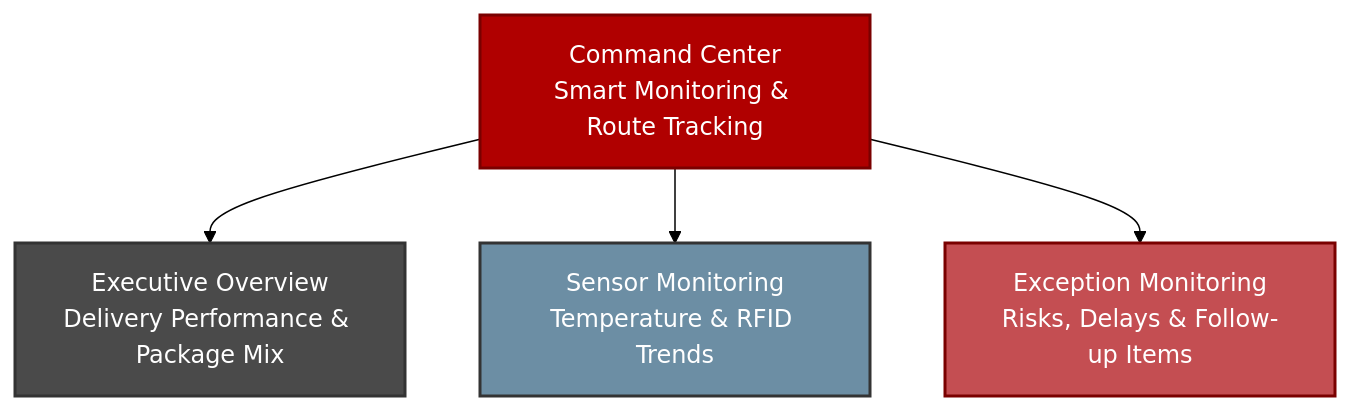
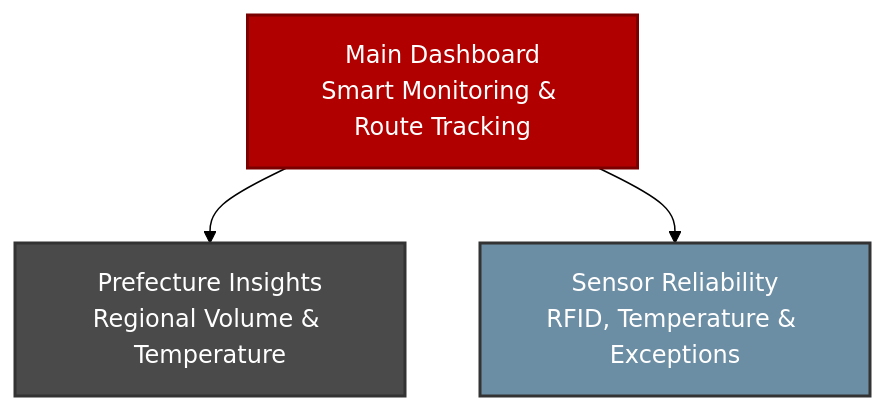
Before and after one commit to Team-Kaizen-MMDC/adet: the diagram in docs/tableau_storytelling_iot_sensors.md, drawn with Mermaid (forest theme). The commit also changed other lines of this file and 4 other files, not shown here.

````diff
--- a/docs/tableau_storytelling_iot_sensors.md
+++ b/docs/tableau_storytelling_iot_sensors.md
@@ -17,11 +17,9 @@
 ```mermaid
 graph TD
-    A["Command Center<br>Smart Monitoring & Route Tracking"] --> B["Executive Overview<br>Delivery Performance & Package Mix"]
-    A --> C["Sensor Monitoring<br>Temperature & RFID Trends"]
-    A --> D["Exception Monitoring<br>Risks, Delays & Follow-up Items"]
+    A["Main Dashboard<br>Smart Monitoring & Route Tracking"] --> B["Prefecture Insights<br>Regional Volume & Temperature"]
+    A --> C["Sensor Reliability<br>RFID, Temperature & Exceptions"]
 
     style A fill:#B00000,stroke:#7A0000,stroke-width:2px,color:#fff
     style B fill:#4A4A4A,stroke:#333,stroke-width:2px,color:#fff
     style C fill:#6C8EA4,stroke:#333,stroke-width:2px,color:#fff
-    style D fill:#C44E52,stroke:#7A0000,stroke-width:2px,color:#fff
 ```
````
